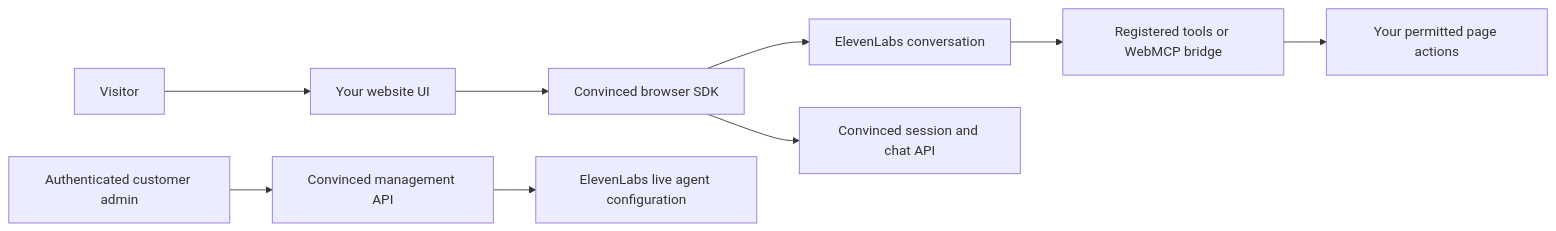
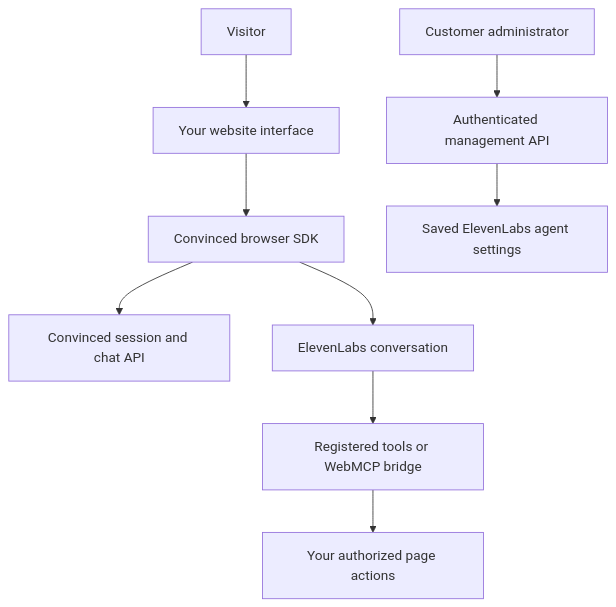
Before and after one commit to Get-Convinced/docs: the diagram in guides/widget-sdk/overview.mdx, drawn with Mermaid. The commit also changed other lines of this file and 44 other files, not shown here.

Commit message:
docs: audit SDK and API guides against released services (#5)

````diff
--- a/guides/widget-sdk/overview.mdx
+++ b/guides/widget-sdk/overview.mdx
@@ -36,11 +44,11 @@
 ```mermaid
-flowchart LR
-  Visitor --> UI[Your website UI]
+flowchart TB
+  Visitor --> UI[Your website interface]
   UI --> SDK[Convinced browser SDK]
+  SDK --> Runtime[Convinced session and chat API]
   SDK --> Voice[ElevenLabs conversation]
-  SDK --> Runtime[Convinced session and chat API]
-  Voice --> Bridge[Registered tools or WebMCP bridge]
-  Bridge --> Actions[Your permitted page actions]
-  Admin[Authenticated customer admin] --> Management[Convinced management API]
-  Management --> Settings[ElevenLabs live agent configuration]
+  Voice --> Tools[Registered tools or WebMCP bridge]
+  Tools --> Page[Your authorized page actions]
+  Admin[Customer administrator] --> Management[Authenticated management API]
+  Management --> Agent[Saved ElevenLabs agent settings]
 ```
````
